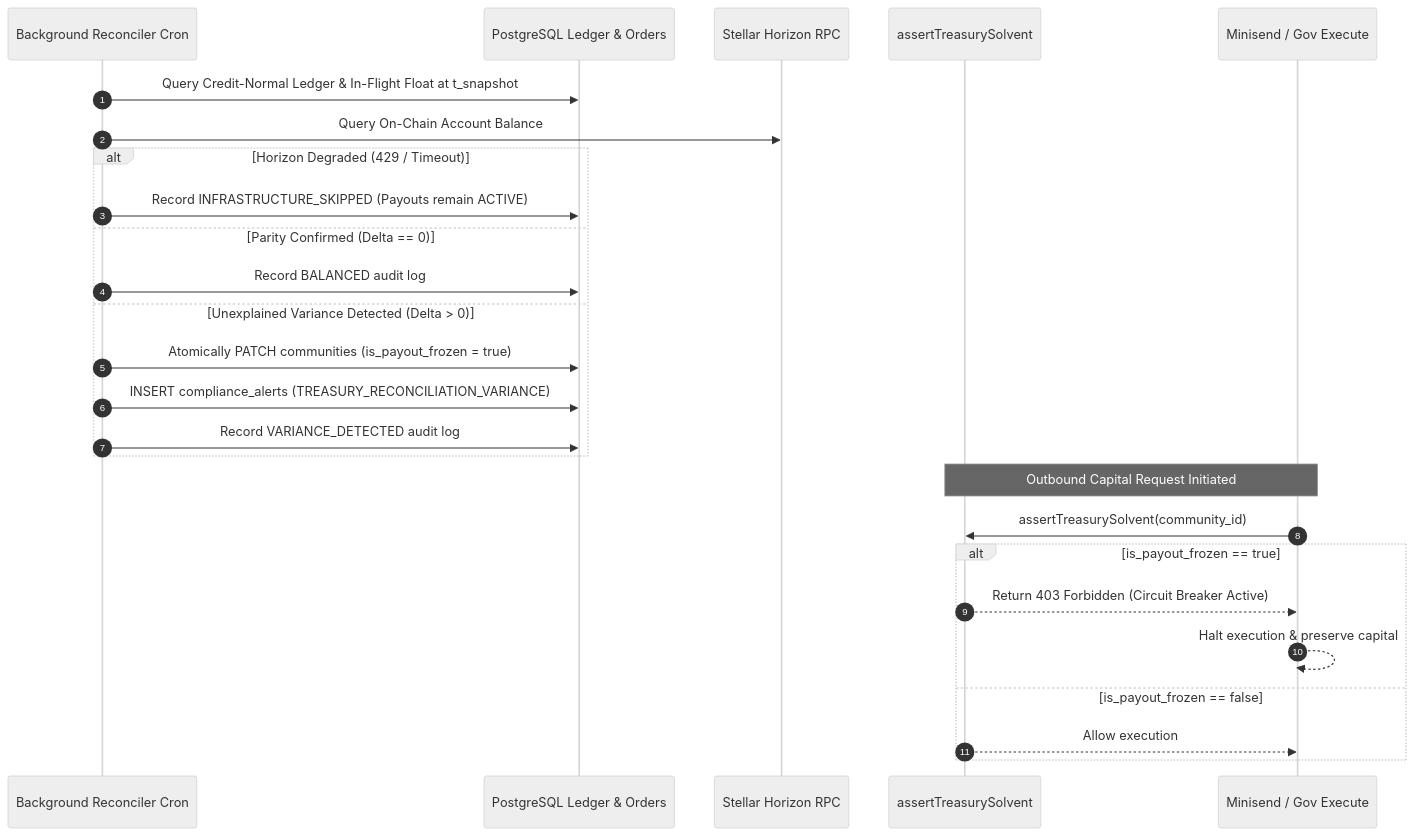
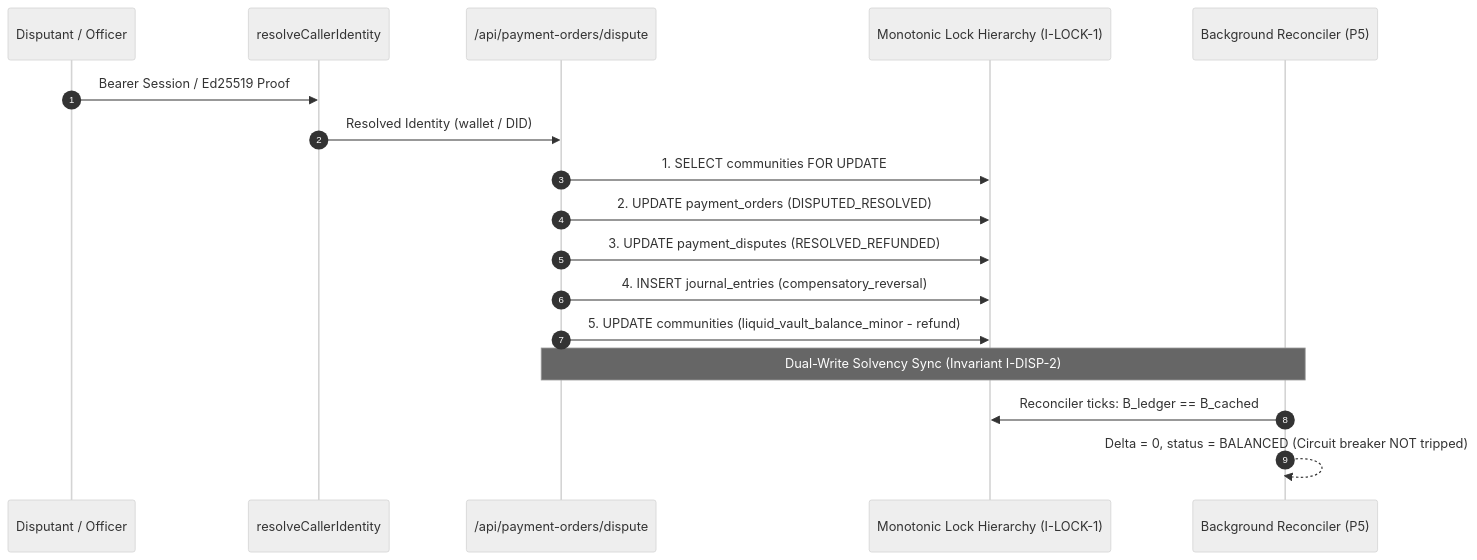
The diagram in BACKEND_CODE_MAP.md (Azizudinly/baraza-protocol), drawn with Mermaid (neutral theme) before and after one commit. The commit also changed other lines of this file and 13 other files, not shown here.

First line of the commit message:
feat(saas): tenant onboarding, sovereign phone identity & dispute arbitrage (Phase P6) (#83)

````diff
--- a/BACKEND_CODE_MAP.md
+++ b/BACKEND_CODE_MAP.md
@@ -203,30 +207,20 @@
 ```mermaid
 sequenceDiagram
     autonumber
-    participant Cron as Background Reconciler Cron
-    participant DB as PostgreSQL Ledger & Orders
-    participant Horizon as Stellar Horizon RPC
-    participant Gate as assertTreasurySolvent
-    participant Payout as Minisend / Gov Execute
+    participant Caller as Disputant / Officer
+    participant Auth as resolveCallerIdentity
+    participant API as /api/payment-orders/dispute
+    participant Lock as Monotonic Lock Hierarchy (I-LOCK-1)
+    participant Reconciler as Background Reconciler (P5)
 
-    Cron->>DB: Query Credit-Normal Ledger & In-Flight Float at t_snapshot
-    Cron->>Horizon: Query On-Chain Account Balance
-    alt Horizon Degraded (429 / Timeout)
-        Cron->>DB: Record INFRASTRUCTURE_SKIPPED (Payouts remain ACTIVE)
-    else Parity Confirmed (Delta == 0)
-        Cron->>DB: Record BALANCED audit log
-    else Unexplained Variance Detected (Delta > 0)
-        Cron->>DB: Atomically PATCH communities (is_payout_frozen = true)
-        Cron->>DB: INSERT compliance_alerts (TREASURY_RECONCILIATION_VARIANCE)
-        Cron->>DB: Record VARIANCE_DETECTED audit log
-    end
-
-    Note over Payout,Gate: Outbound Capital Request Initiated
-    Payout->>Gate: assertTreasurySolvent(community_id)
-    alt is_payout_frozen == true
-        Gate-->>Payout: Return 403 Forbidden (Circuit Breaker Active)
-        Payout-->>Payout: Halt execution & preserve capital
-    else is_payout_frozen == false
-        Gate-->>Payout: Allow execution
-    end
+    Caller->>Auth: Bearer Session / Ed25519 Proof
+    Auth->>API: Resolved Identity (wallet / DID)
+    API->>Lock: 1. SELECT communities FOR UPDATE
+    API->>Lock: 2. UPDATE payment_orders (DISPUTED_RESOLVED)
+    API->>Lock: 3. UPDATE payment_disputes (RESOLVED_REFUNDED)
+    API->>Lock: 4. INSERT journal_entries (compensatory_reversal)
+    API->>Lock: 5. UPDATE communities (liquid_vault_balance_minor - refund)
+    Note over API,Reconciler: Dual-Write Solvency Sync (Invariant I-DISP-2)
+    Reconciler->>Lock: Reconciler ticks: B_ledger == B_cached
+    Reconciler-->>Reconciler: Delta = 0, status = BALANCED (Circuit breaker NOT tripped)
 ```
````
